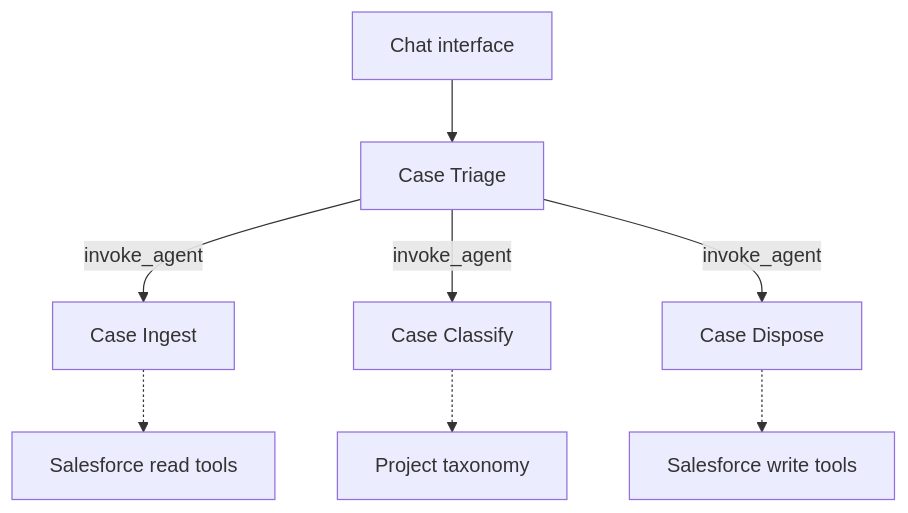
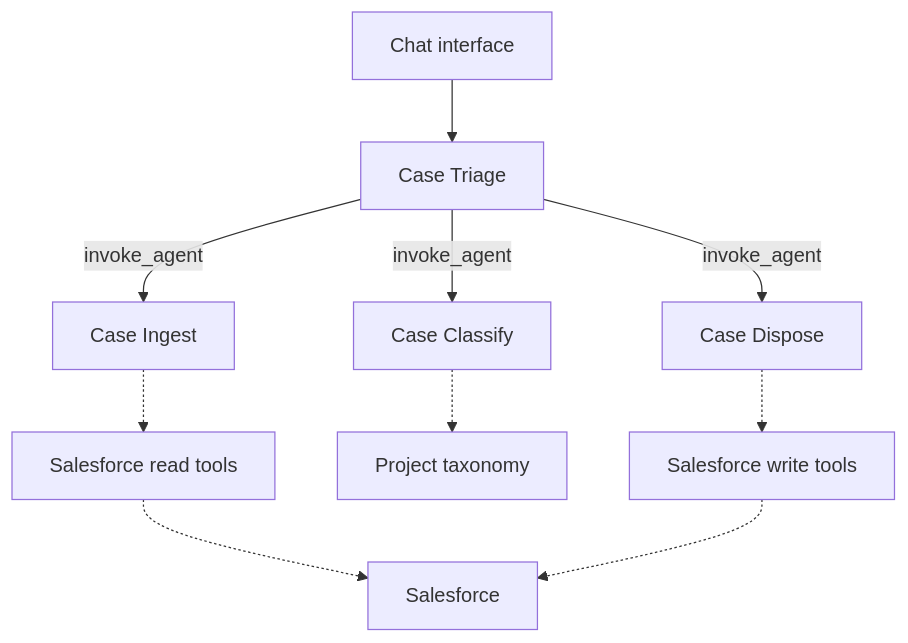
The diagram in README.md (veryfront/agentic-case-processing-salesforce), drawn with Mermaid before and after one commit.

Commit message:
docs: connect Salesforce tools to Salesforce

````diff
--- a/README.md
+++ b/README.md
@@ -5,11 +5,13 @@
 ```mermaid
 flowchart TD
   Chat["Chat interface"] --> Triage["Case Triage"]
   Triage -->|invoke_agent| Ingest["Case Ingest"]
   Triage -->|invoke_agent| Classify["Case Classify"]
   Triage -->|invoke_agent| Dispose["Case Dispose"]
 
   Ingest -.-> SalesforceRead["Salesforce read tools"]
   Classify -.-> Taxonomy["Project taxonomy"]
   Dispose -.-> SalesforceWrite["Salesforce write tools"]
+  SalesforceRead -.-> Salesforce["Salesforce"]
+  SalesforceWrite -.-> Salesforce
 ```
````
